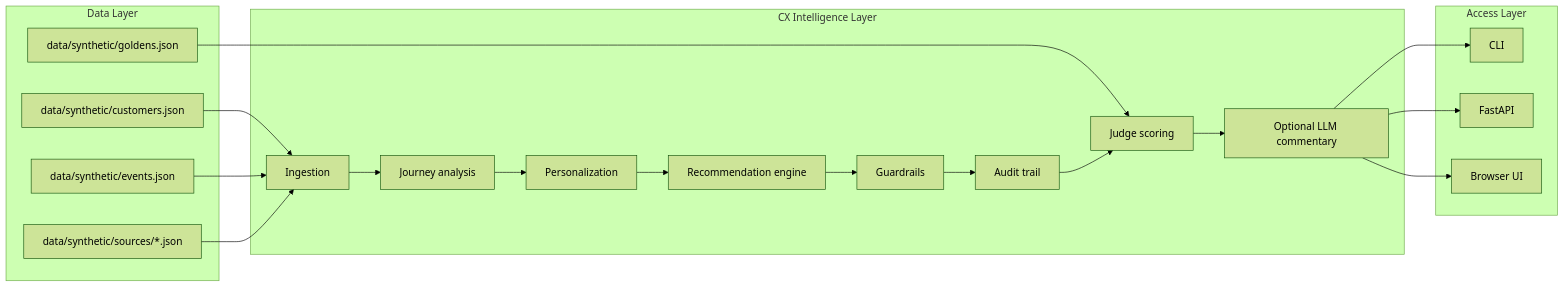
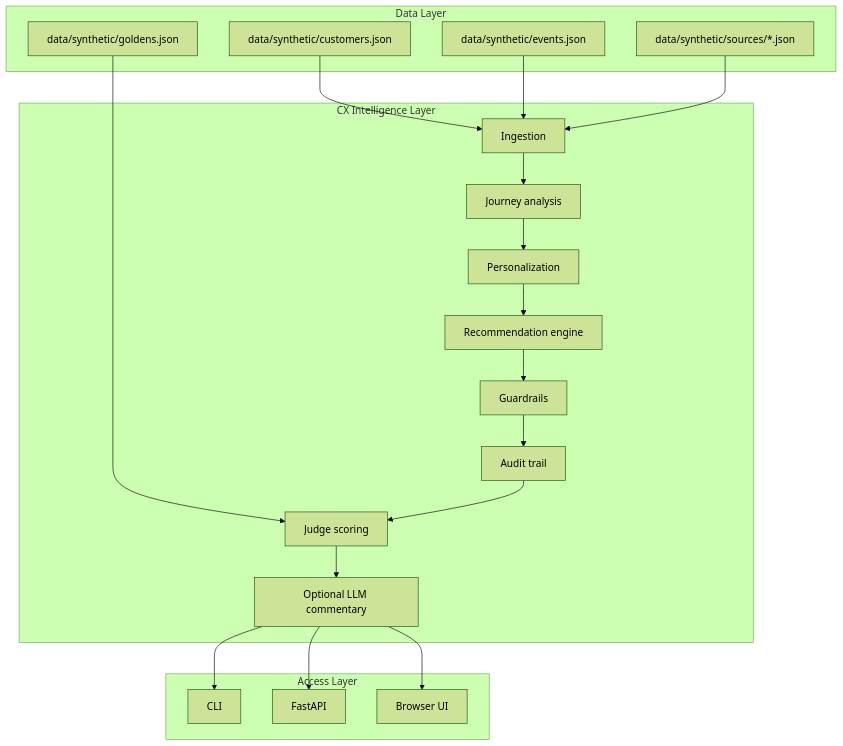
The diagram in Token_busters/explanation/ARCHITECTURE.md (DhruvAgg05/Token_Busters_Capstone), drawn with Mermaid (forest theme) before and after one commit. The commit also changed other lines of this file and 7 other files, not shown here.

````diff
--- a/Token_busters/explanation/ARCHITECTURE.md
+++ b/Token_busters/explanation/ARCHITECTURE.md
@@ -12,35 +16,41 @@
 ```mermaid
-flowchart LR
+flowchart TD
   subgraph Data["Data Layer"]
     D1["data/synthetic/customers.json"]
     D2["data/synthetic/events.json"]
     D3["data/synthetic/sources/*.json"]
     D4["data/synthetic/goldens.json"]
   end
 
   subgraph Core["CX Intelligence Layer"]
     C1["Ingestion"]
     C2["Journey analysis"]
     C3["Personalization"]
     C4["Recommendation engine"]
     C5["Guardrails"]
     C6["Audit trail"]
     C7["Judge scoring"]
     C8["Optional LLM commentary"]
   end
 
   subgraph Access["Access Layer"]
     A1["CLI"]
     A2["FastAPI"]
     A3["Browser UI"]
   end
 
   D1 --> C1
   D2 --> C1
   D3 --> C1
   D4 --> C7
-  C1 --> C2 --> C3 --> C4 --> C5 --> C6 --> C7 --> C8
+  C1 --> C2
+  C2 --> C3
+  C3 --> C4
+  C4 --> C5
+  C5 --> C6
+  C6 --> C7
+  C7 --> C8
   C8 --> A1
   C8 --> A2
   C8 --> A3
 ```
````
